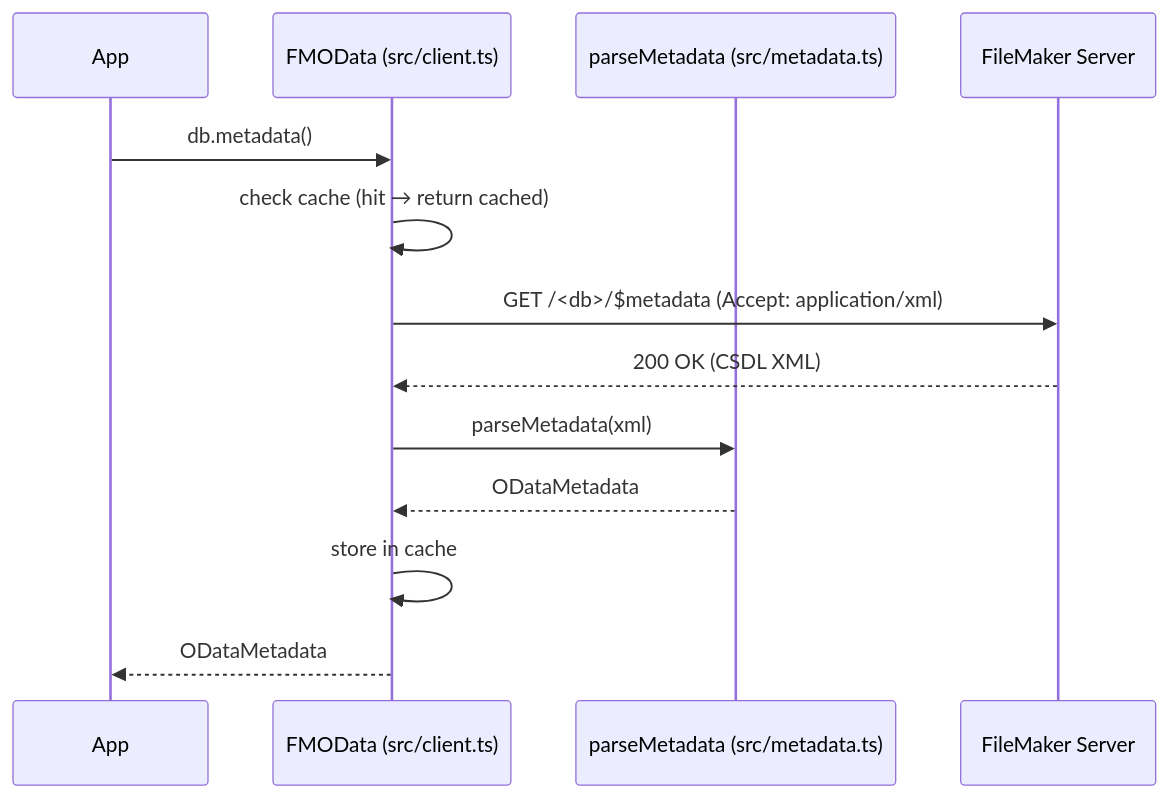
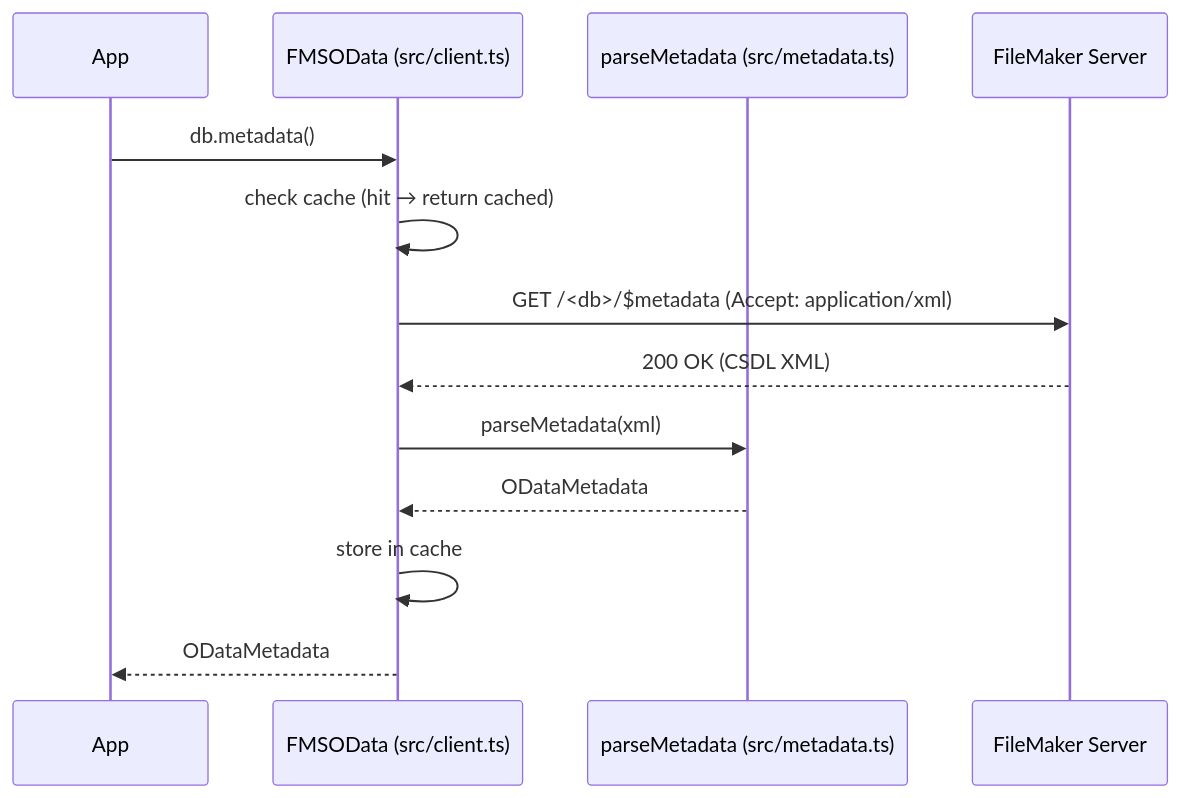
One commit to fsans/fms-odata-js changed the diagram in wiki/05.3-metadata-m5.md. Above: the diagram before and after it, drawn with Mermaid. The commit also changed other lines of this file and 85 other files, not shown here.

````diff
--- a/wiki/05.3-metadata-m5.md
+++ b/wiki/05.3-metadata-m5.md
@@ -121,16 +121,16 @@
 ```mermaid
 sequenceDiagram
     participant App
-    participant Client as FMOData (src/client.ts)
+    participant Client as FMSOData (src/client.ts)
     participant Parser as parseMetadata (src/metadata.ts)
     participant FMS as FileMaker Server
 
     App->>Client: db.metadata()
     Client->>Client: check cache (hit → return cached)
     Client->>FMS: GET /<db>/$metadata (Accept: application/xml)
     FMS-->>Client: 200 OK (CSDL XML)
     Client->>Parser: parseMetadata(xml)
     Parser-->>Client: ODataMetadata
     Client->>Client: store in cache
     Client-->>App: ODataMetadata
 ```
````
